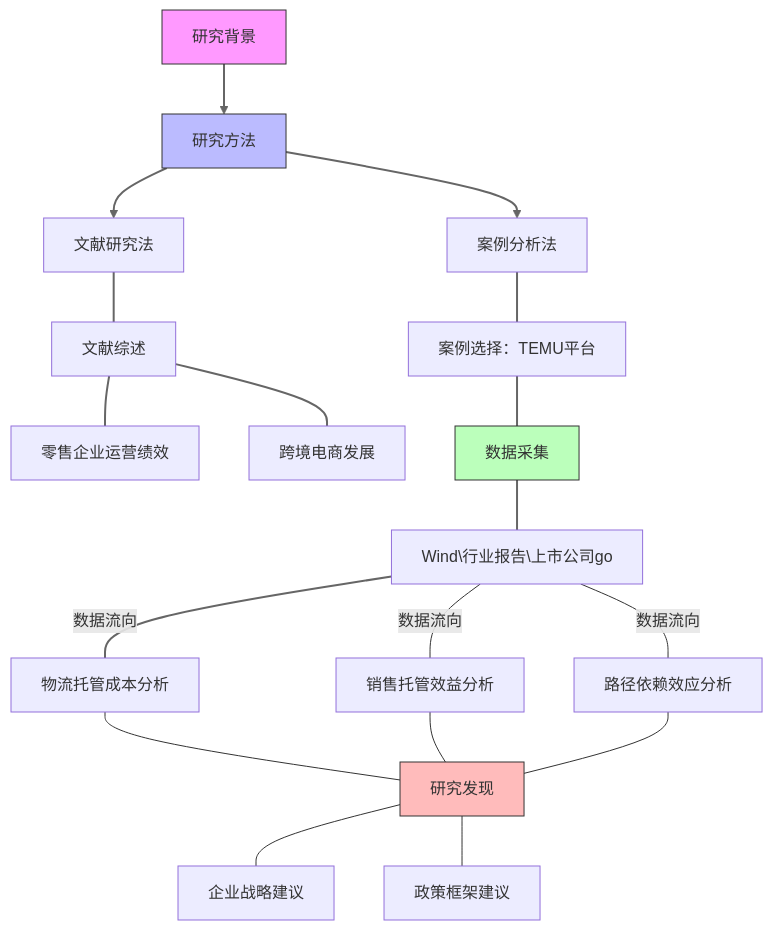
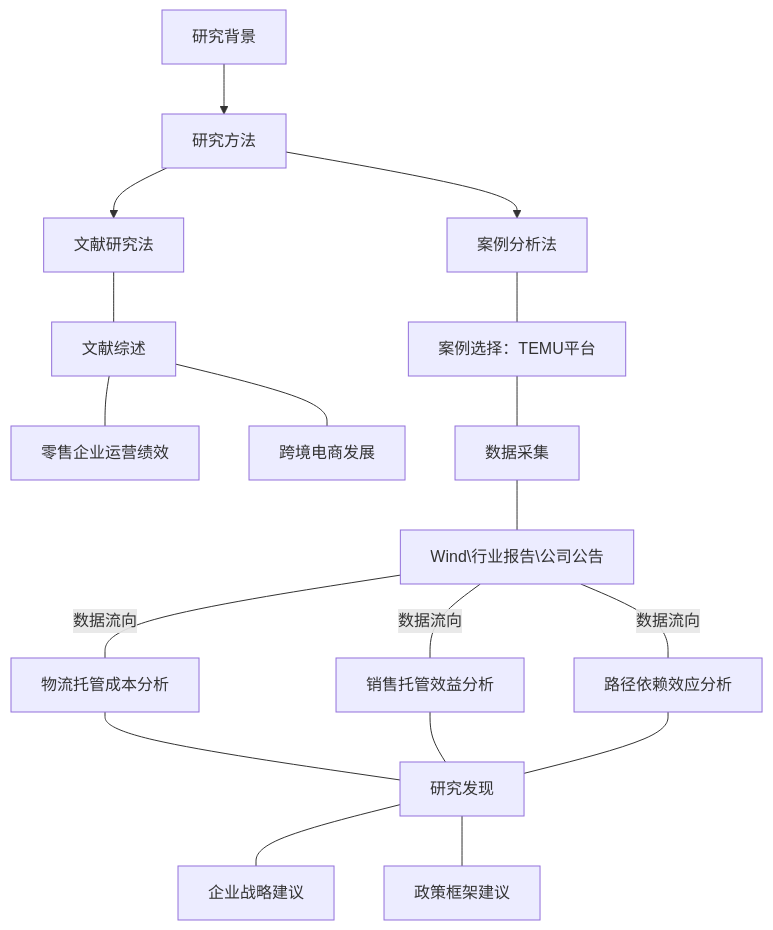
Before and after one commit to Zora0203/iodraw-files: the diagram in all/未命名.md, drawn with Mermaid.

Commit message:
2025-03-02 19:34:51 update

````diff
--- a/all/未命名.md
+++ b/all/未命名.md
@@ -1,29 +1,24 @@
 ```mermaid
 graph TD
     A[研究背景] --> B[研究方法]
     B --> B1[文献研究法]
     B --> B2[案例分析法]
 
     B1 --- C[文献综述]
     C --- C1[零售企业运营绩效]
     C --- C2[跨境电商发展]
 
     B2 --- D[案例选择：TEMU平台]
     D --- D1[数据采集]
-    D1 --- D11[Wind\行业报告\上市公司go]
+    D1 --- D11[Wind\行业报告\公司公告]
 
     D11---|数据流向| E1[物流托管成本分析]
     D11---|数据流向| E2[销售托管效益分析]
     D11---|数据流向| E3[路径依赖效应分析]
 
     E1 & E2 & E3 --- I[研究发现]
     I --- J[企业战略建议]
     I --- K[政策框架建议]
 
-    style A fill:#f9f,stroke:#333
-    style B fill:#bbf,stroke:#333
-    style D1 fill:#bfb,stroke:#333
-    style I fill:#fbb,stroke:#333
 
-    linkStyle 0,1,2,3,4,5,6,7,8,9 stroke:#666,stroke-width:2px
 ```
````
